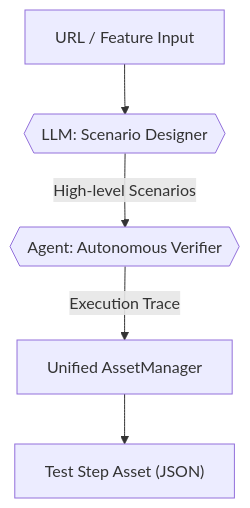
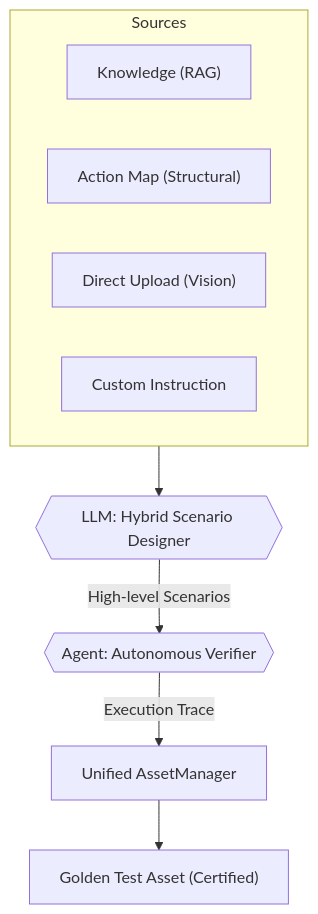
Before and after one commit to hyunju80/qone: the first of 4 diagrams in docs/ai_llm_spec.md, drawn with Mermaid. The commit also changed other lines of this file and 21 other files, not shown here.

````diff
--- a/docs/ai_llm_spec.md
+++ b/docs/ai_llm_spec.md
@@ -442,7 +402,14 @@
 ```mermaid
 graph TD
-    A["URL / Feature Input"] --> B{{"LLM: Scenario Designer"}}
+    subgraph Sources
+        S1["Knowledge (RAG)"]
+        S2["Action Map (Structural)"]
+        S3["Direct Upload (Vision)"]
+        S4["Custom Instruction"]
+    end
+    
+    Sources --> B{{"LLM: Hybrid Scenario Designer"}}
     B -- "High-level Scenarios" --> C{{"Agent: Autonomous Verifier"}}
     C -- "Execution Trace" --> D["Unified AssetManager"]
-    D --> E["Test Step Asset (JSON)"]
+    D --> E["Golden Test Asset (Certified)"]
 ```
````
